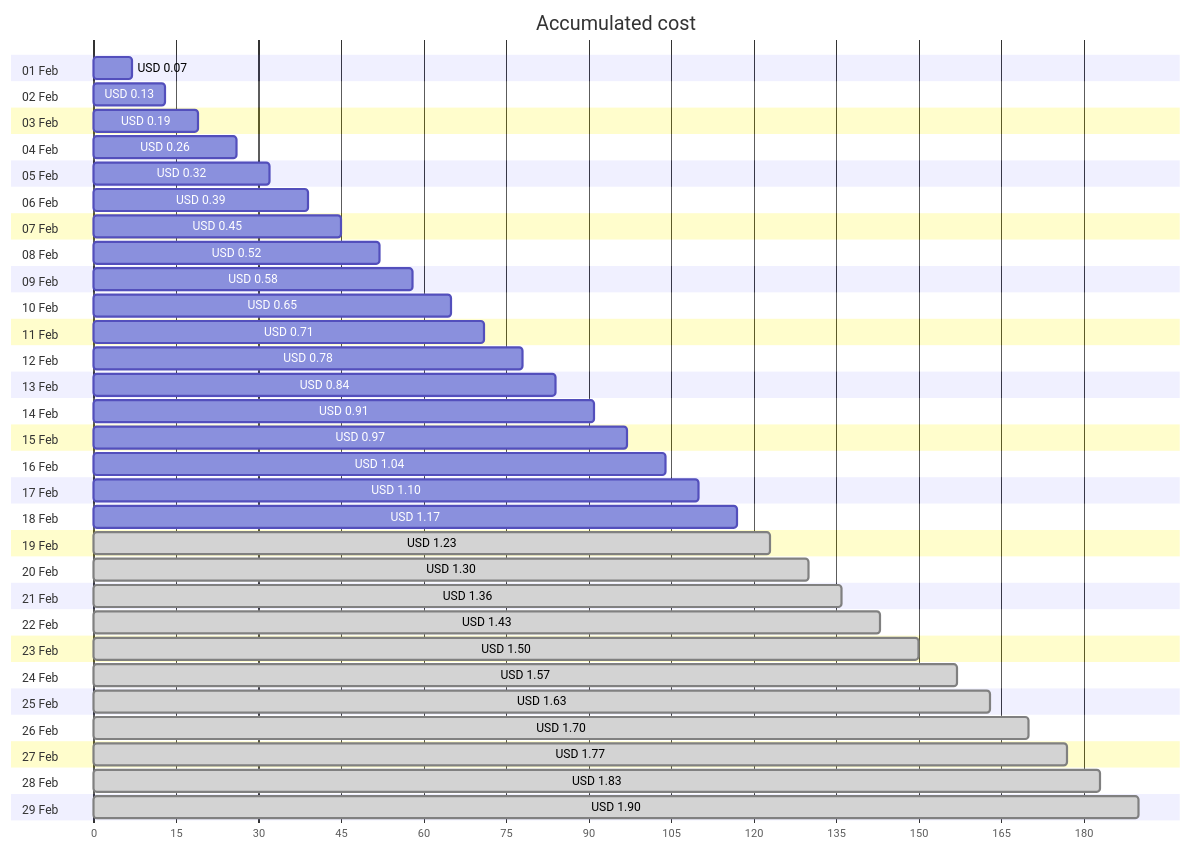
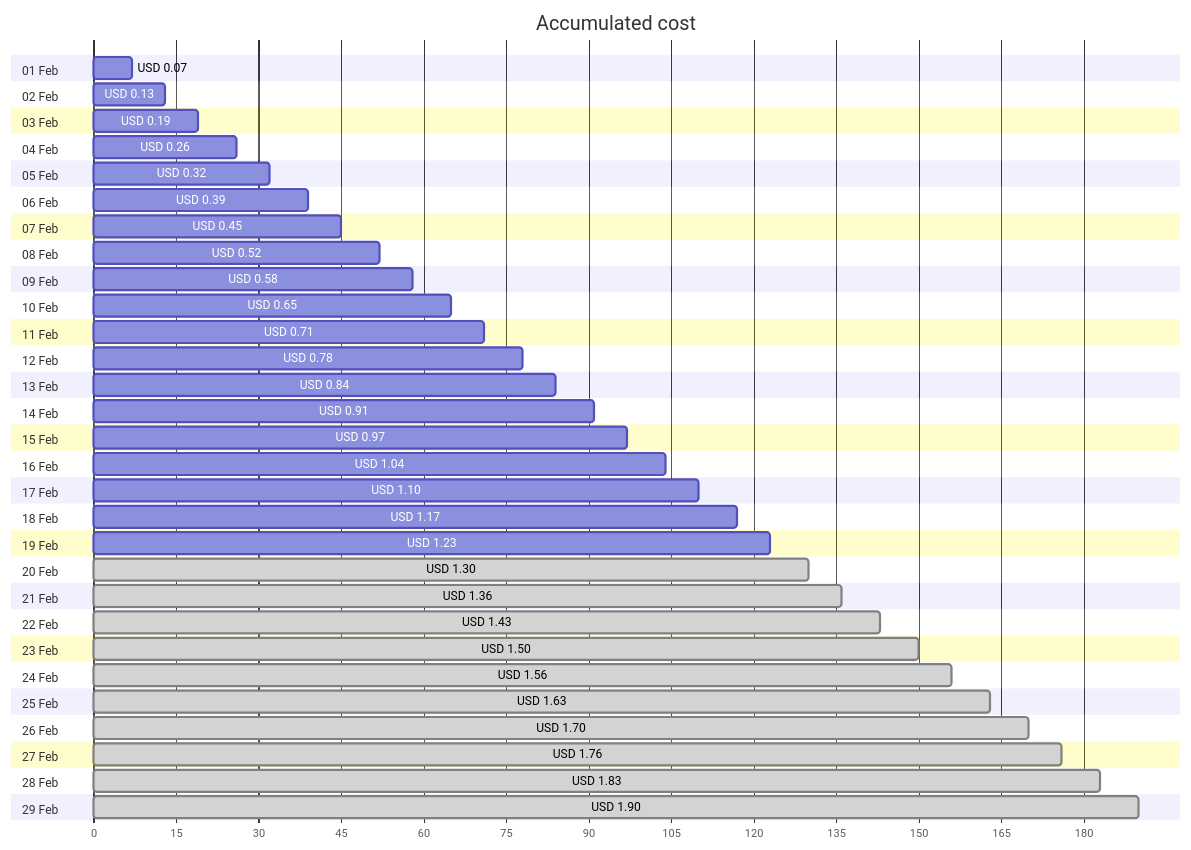
The first of 4 diagrams in cost-reports/personal-network/backup-server_OsDisk.md (jpfulton/azure-personal-reports), drawn with Mermaid before and after one commit. The commit also changed other lines of this file and 8 other files, not shown here.

````diff
--- a/cost-reports/personal-network/backup-server_OsDisk.md
+++ b/cost-reports/personal-network/backup-server_OsDisk.md
@@ -20,64 +20,64 @@
 ```mermaid
 gantt
    title Accumulated cost
    dateFormat  X
    axisFormat %s
    section 01 Feb
    USD 0.07 :0, 7
    section 02 Feb
    USD 0.13 :0, 13
    section 03 Feb
    USD 0.19 :0, 19
    section 04 Feb
    USD 0.26 :0, 26
    section 05 Feb
    USD 0.32 :0, 32
    section 06 Feb
    USD 0.39 :0, 39
    section 07 Feb
    USD 0.45 :0, 45
    section 08 Feb
    USD 0.52 :0, 52
    section 09 Feb
    USD 0.58 :0, 58
    section 10 Feb
    USD 0.65 :0, 65
    section 11 Feb
    USD 0.71 :0, 71
    section 12 Feb
    USD 0.78 :0, 78
    section 13 Feb
    USD 0.84 :0, 84
    section 14 Feb
    USD 0.91 :0, 91
    section 15 Feb
    USD 0.97 :0, 97
    section 16 Feb
    USD 1.04 :0, 104
    section 17 Feb
    USD 1.10 :0, 110
    section 18 Feb
    USD 1.17 :0, 117
    section 19 Feb
-   USD 1.23 : done, 0, 123
+   USD 1.23 :0, 123
    section 20 Feb
    USD 1.30 : done, 0, 130
    section 21 Feb
    USD 1.36 : done, 0, 136
    section 22 Feb
    USD 1.43 : done, 0, 143
    section 23 Feb
    USD 1.50 : done, 0, 150
    section 24 Feb
-   USD 1.57 : done, 0, 157
+   USD 1.56 : done, 0, 156
    section 25 Feb
    USD 1.63 : done, 0, 163
    section 26 Feb
    USD 1.70 : done, 0, 170
    section 27 Feb
-   USD 1.77 : done, 0, 177
+   USD 1.76 : done, 0, 176
    section 28 Feb
    USD 1.83 : done, 0, 183
    section 29 Feb
    USD 1.90 : done, 0, 190
 ```
````
